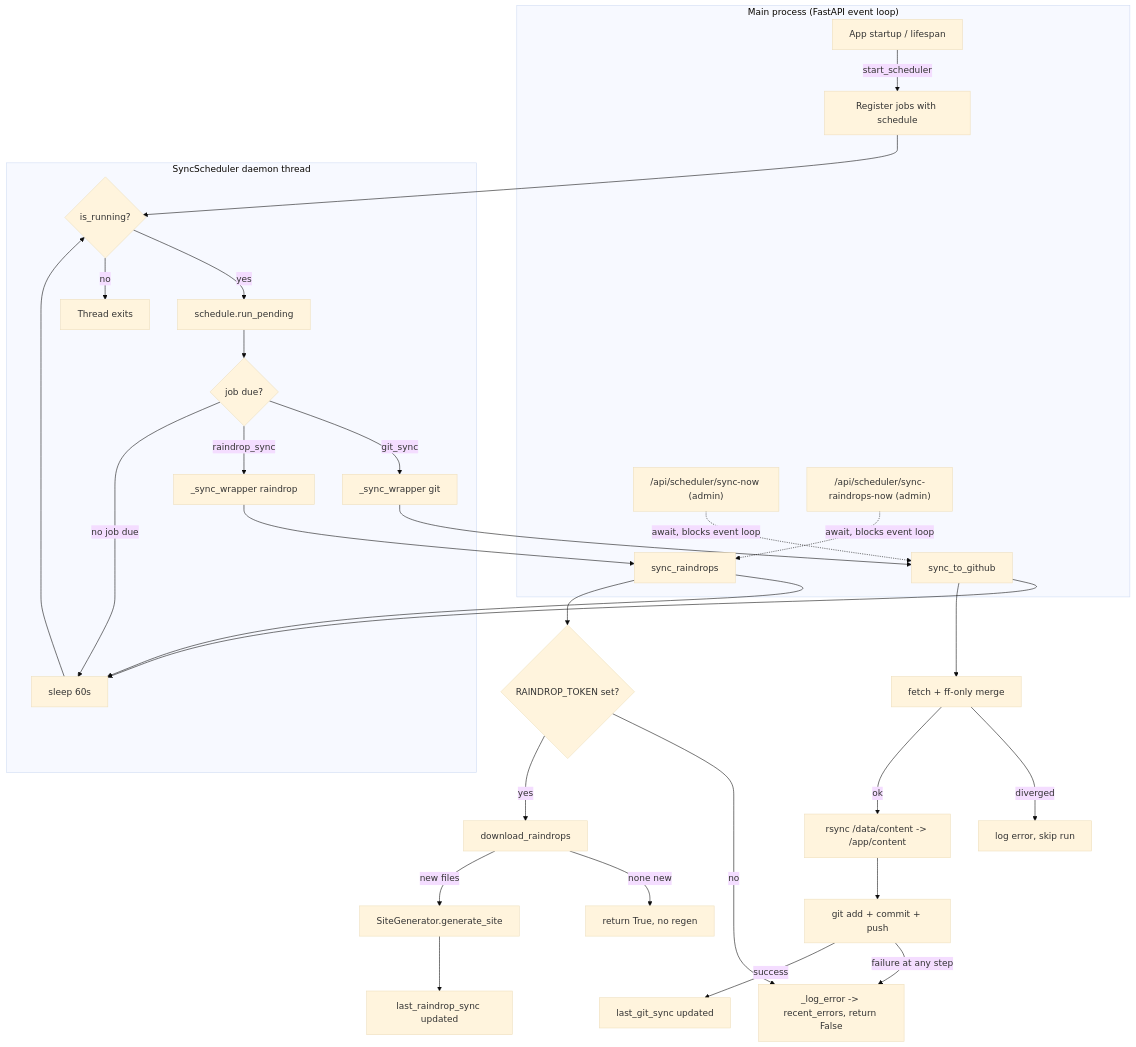
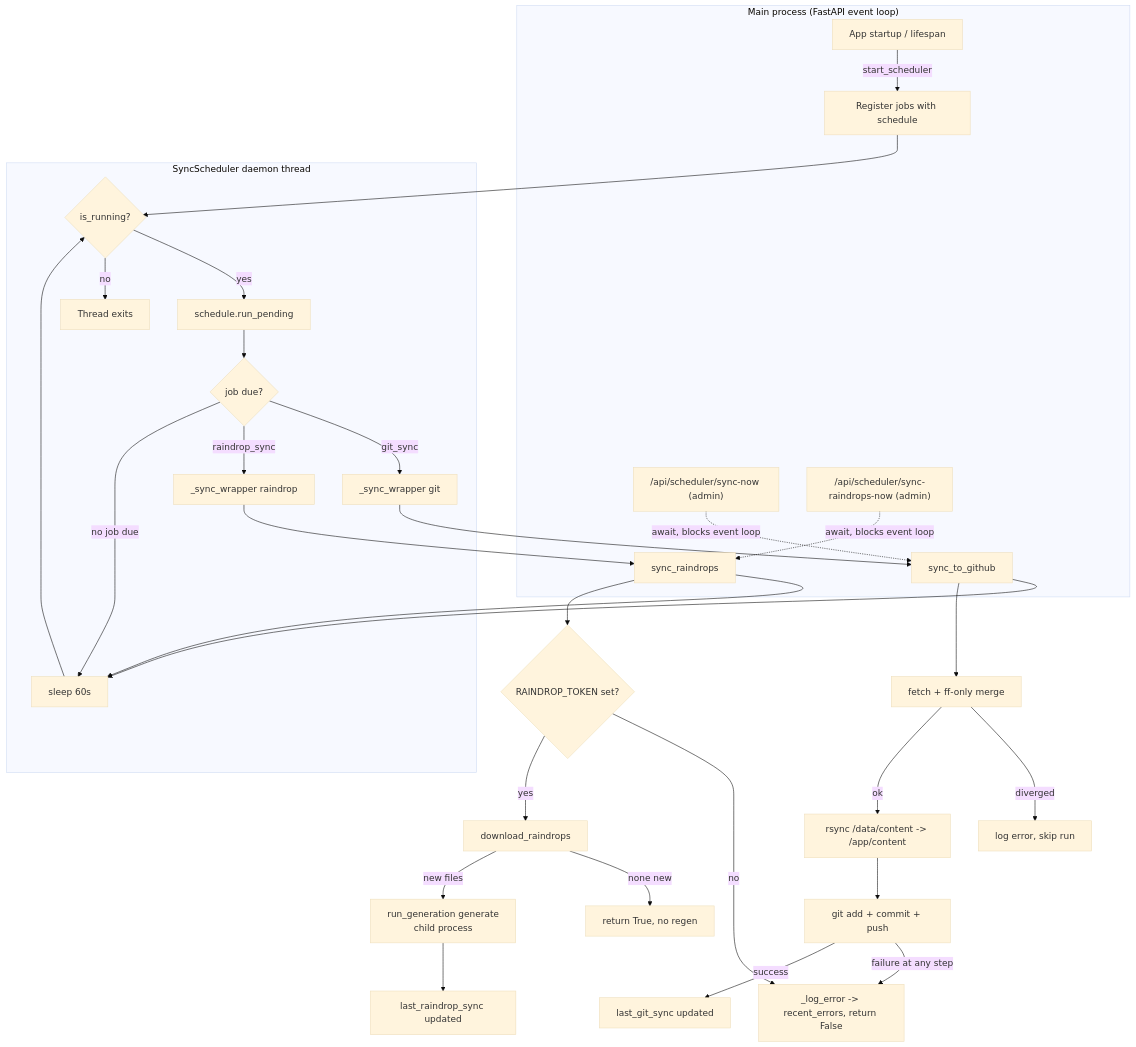
One commit to pitosalas/salasblog2 changed the diagram in 01-literate/09-scheduler.md. Above: the diagram before and after it, drawn with Mermaid (base theme). The commit also changed other lines of this file and 14 other files, not shown here.

First line of the commit message:
F56: run site generation in a child process

````diff
--- a/01-literate/09-scheduler.md
+++ b/01-literate/09-scheduler.md
@@ -279,37 +283,37 @@
 ```mermaid
 flowchart TD
     subgraph MainThread["Main process (FastAPI event loop)"]
         A[App startup / lifespan] -->|start_scheduler| B[Register jobs with schedule]
         R["/api/scheduler/sync-now (admin)"] -.->|await, blocks event loop| G
         R2["/api/scheduler/sync-raindrops-now (admin)"] -.->|await, blocks event loop| RD
     end
 
     subgraph SyncThread["SyncScheduler daemon thread"]
         B --> C{is_running?}
         C -->|yes| D[schedule.run_pending]
         D --> E{job due?}
         E -->|git_sync| F[_sync_wrapper git]
         E -->|raindrop_sync| H[_sync_wrapper raindrop]
         E -->|no job due| I[sleep 60s]
         F --> G[sync_to_github]
         H --> RD[sync_raindrops]
         G --> I
         RD --> I
         I --> C
         C -->|no| Z[Thread exits]
     end
 
     G --> G1[fetch + ff-only merge]
     G1 -->|diverged| G2[log error, skip run]
     G1 -->|ok| G3[rsync /data/content -> /app/content]
     G3 --> G4[git add + commit + push]
     G4 -->|failure at any step| ERR[_log_error -> recent_errors, return False]
     G4 -->|success| OK1[last_git_sync updated]
 
     RD --> RD1{RAINDROP_TOKEN set?}
     RD1 -->|no| ERR
     RD1 -->|yes| RD2[download_raindrops]
     RD2 -->|none new| OK2[return True, no regen]
-    RD2 -->|new files| RD3[SiteGenerator.generate_site]
+    RD2 -->|new files| RD3[run_generation generate<br/>child process]
     RD3 --> OK3[last_raindrop_sync updated]
 ```
````
